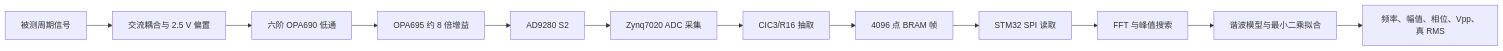
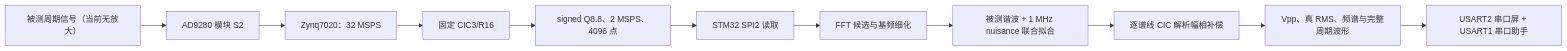
The first of 2 diagrams in G题设计报告模块.md (ryule5158/NUEDC_2026), drawn with Mermaid before and after one commit. The commit also changed other lines of this file and 76 other files, not shown here.

````diff
--- a/G题设计报告模块.md
+++ b/G题设计报告模块.md
@@ -31,14 +35,13 @@
 ```mermaid
 flowchart LR
-    A[被测周期信号] --> B[交流耦合与 2.5 V 偏置]
-    B --> C[六阶 OPA690 低通]
-    C --> D[OPA695 约 8 倍增益]
-    D --> E[AD9280 S2]
-    E --> F[Zynq7020 ADC 采集]
-    F --> G[CIC3/R16 抽取]
-    G --> H[4096 点 BRAM 帧]
-    H --> I[STM32 SPI 读取]
-    I --> J[FFT 与峰值搜索]
-    J --> K[谐波模型与最小二乘拟合]
-    K --> L[频率、幅值、相位、Vpp、真 RMS]
+    A["被测周期信号（当前无放大）"] --> B["AD9280 模块 S2"]
+    B --> C["Zynq7020：32 MSPS"]
+    C --> D["固定 CIC3/R16"]
+    D --> E["signed Q8.8、2 MSPS、4096 点"]
+    E --> F["STM32 SPI2 读取"]
+    F --> G["FFT 候选与基频细化"]
+    G --> H["被测谐波 + 1 MHz nuisance 联合拟合"]
+    H --> I["逐谱线 CIC 解析幅相补偿"]
+    I --> J["Vpp、真 RMS、频谱与完整周期波形"]
+    J --> K["USART2 串口屏 + USART1 串口助手"]
 ```
````
